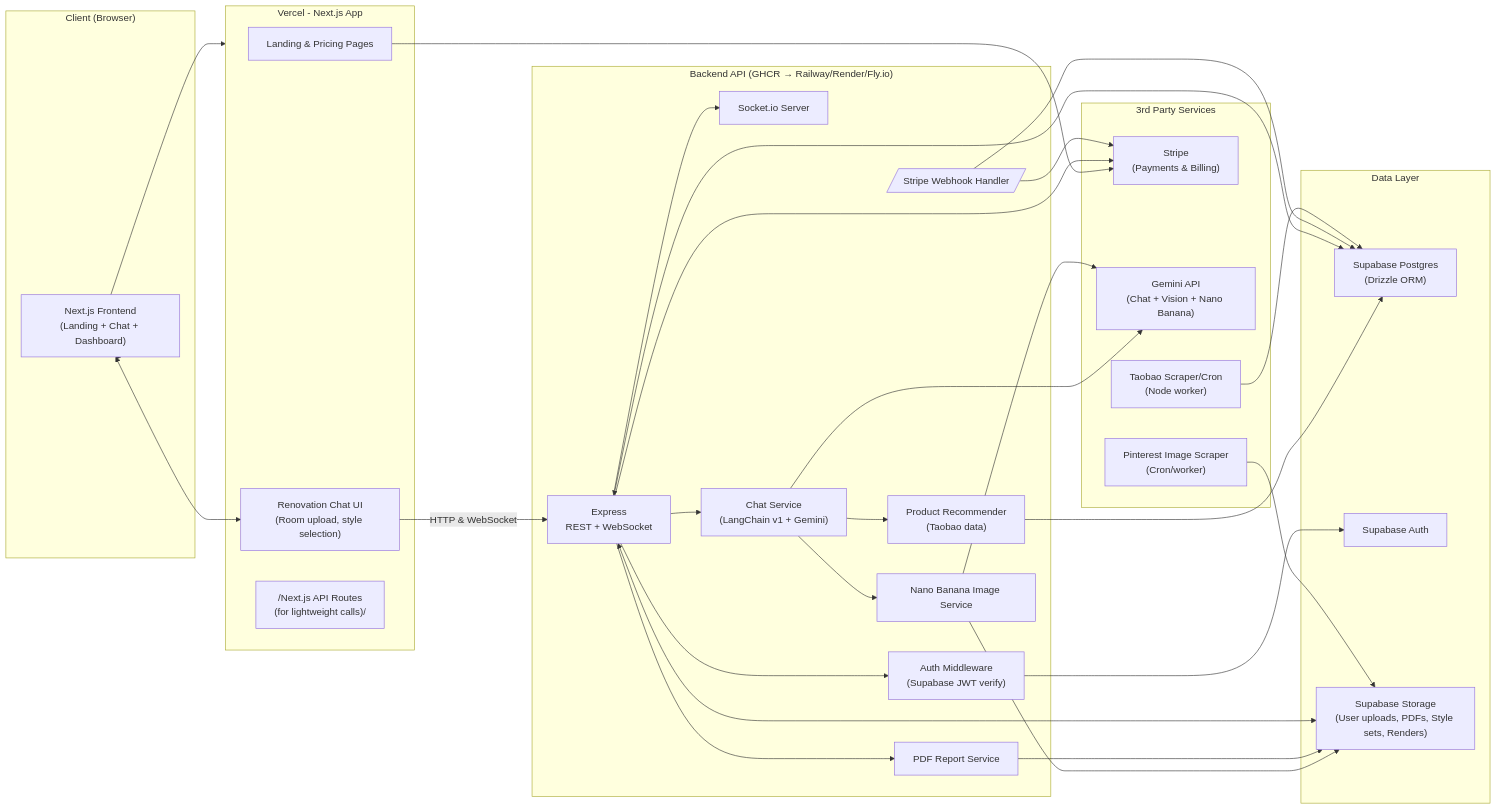
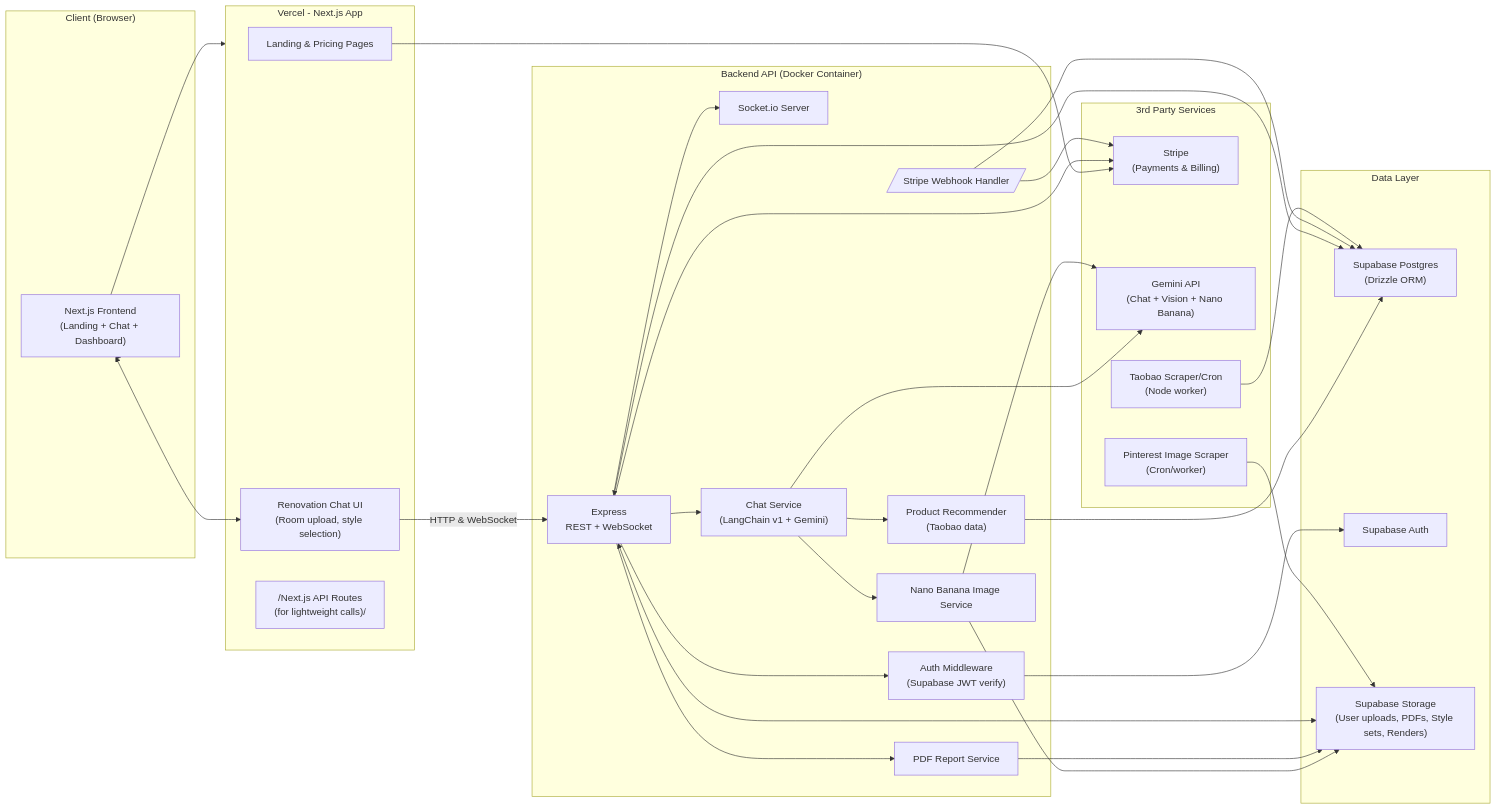
One commit to songyinggoh/renovation-agent-monorepo changed the first of 5 diagrams in docs/notion/Full System Architecture.md. Above: the diagram before and after it, drawn with Mermaid. The commit also changed other lines of this file and 26 other files, not shown here.

````diff
--- a/docs/notion/Full System Architecture.md
+++ b/docs/notion/Full System Architecture.md
@@ -21,69 +21,69 @@
 ```mermaid
 flowchart LR
   subgraph Client["Client (Browser)"]
     UI["Next.js Frontend</br>(Landing + Chat + Dashboard)"]
   end
 
   subgraph FE["Vercel - Next.js App"]
     Pages[Landing & Pricing Pages]
     ChatUI["Renovation Chat UI</br>(Room upload, style selection)"]
     FE_API["/Next.js API Routes</br>(for lightweight calls)/"]
   end
 
-  subgraph BE["Backend API (GHCR → Railway/Render/Fly.io)"]
+  subgraph BE["Backend API (Docker Container)"]
     APIGW["Express</br>REST + WebSocket"]
     Socket[Socket.io Server]
     AuthSvc["Auth Middleware</br>(Supabase JWT verify)"]
     ChatSvc["Chat Service</br>(LangChain v1 + Gemini)"]
     ImageSvc[Nano Banana Image Service]
     ReportSvc[PDF Report Service]
     ProductSvc["Product Recommender</br>(Taobao data)"]
     StripeWebhook[/Stripe Webhook Handler/]
   end
 
   subgraph Data["Data Layer"]
     SB["Supabase Postgres</br>(Drizzle ORM)"]
     SBAuth[Supabase Auth]
     SBStorage["Supabase Storage</br>(User uploads, PDFs, Style sets, Renders)"]
   end
 
   subgraph 3rd["3rd Party Services"]
     Stripe["Stripe</br>(Payments & Billing)"]
     Gemini["Gemini API</br>(Chat + Vision + Nano Banana)"]
     TaobaoAPI["Taobao Scraper/Cron</br>(Node worker)"]
     Pinterest["Pinterest Image Scraper</br>(Cron/worker)"]
   end
 
   Client --> UI
   UI --> FE
   UI <--> ChatUI
   ChatUI -->|HTTP & WebSocket| APIGW
   APIGW --> Socket
   APIGW --> AuthSvc
   AuthSvc --> SBAuth
 
   APIGW --> ChatSvc
   ChatSvc --> Gemini
 
   ChatSvc --> ImageSvc
   ImageSvc --> Gemini
   ImageSvc --> SBStorage
 
   ChatSvc --> ProductSvc
   ProductSvc --> SB
 
   APIGW --> ReportSvc
   ReportSvc --> SBStorage
 
   APIGW <--> SB
   APIGW <--> SBStorage
 
   Pages --> Stripe
   APIGW --> Stripe
   StripeWebhook --> Stripe
   StripeWebhook --> SB
 
   Pinterest --> SBStorage
   TaobaoAPI --> SB
 
 ```
````
